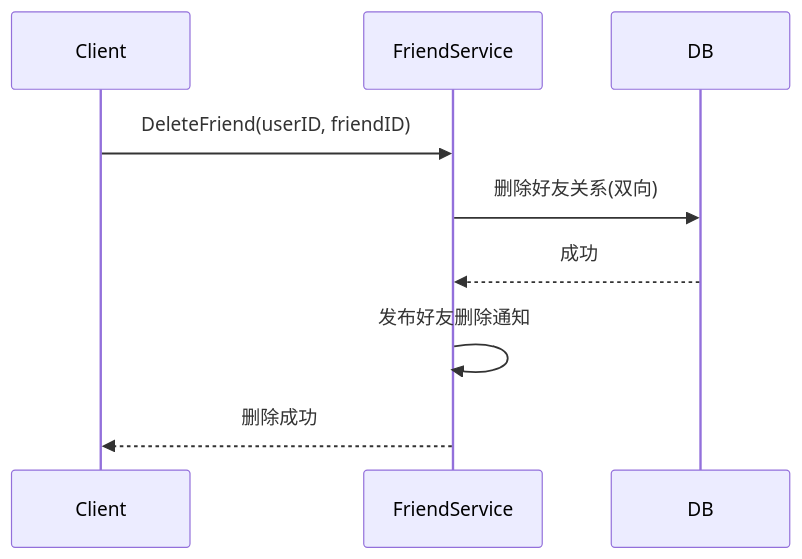
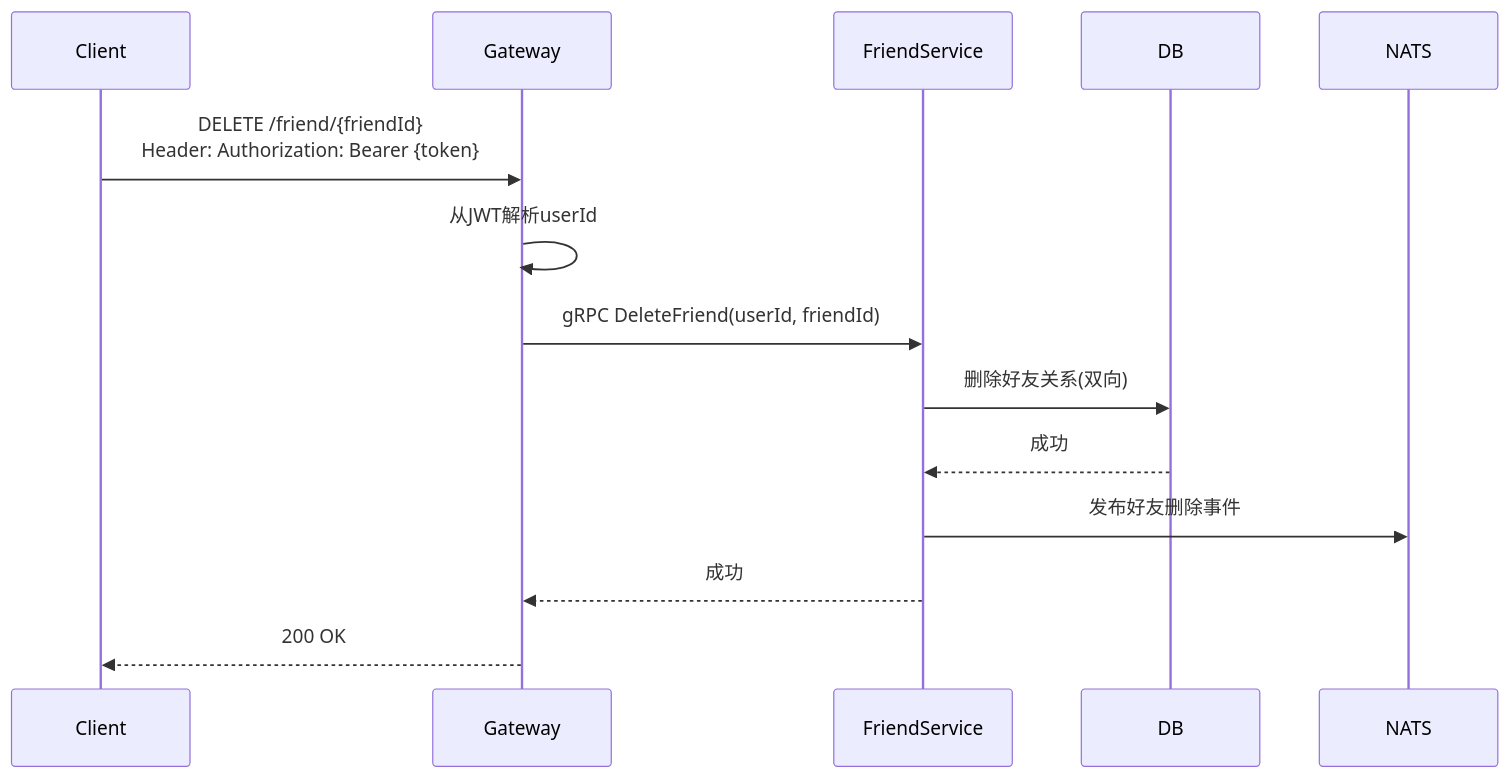
One commit to yzhgit/anychat-server changed the second of 3 diagrams in docs/design/friend/friendship.md. Above: the diagram before and after it, drawn with Mermaid. The commit also changed other lines of this file and 30 other files, not shown here.

First line of the commit message:
docs: 更新设计文档时序图，添加Gateway和NATS参与者

````diff
--- a/docs/design/friend/friendship.md
+++ b/docs/design/friend/friendship.md
@@ -49,12 +54,17 @@
 ```mermaid
 sequenceDiagram
     participant Client
+    participant Gateway
     participant FriendService
     participant DB
+    participant NATS
 
-    Client->>FriendService: DeleteFriend(userID, friendID)
+    Client->>Gateway: DELETE /friend/{friendId}<br/>Header: Authorization: Bearer {token}
+    Gateway->>Gateway: 从JWT解析userId
+    Gateway->>FriendService: gRPC DeleteFriend(userId, friendId)
     FriendService->>DB: 删除好友关系(双向)
     DB-->>FriendService: 成功
-    FriendService->>FriendService: 发布好友删除通知
-    FriendService-->>Client: 删除成功
+    FriendService->>NATS: 发布好友删除事件
+    FriendService-->>Gateway: 成功
+    Gateway-->>Client: 200 OK
 ```
````
